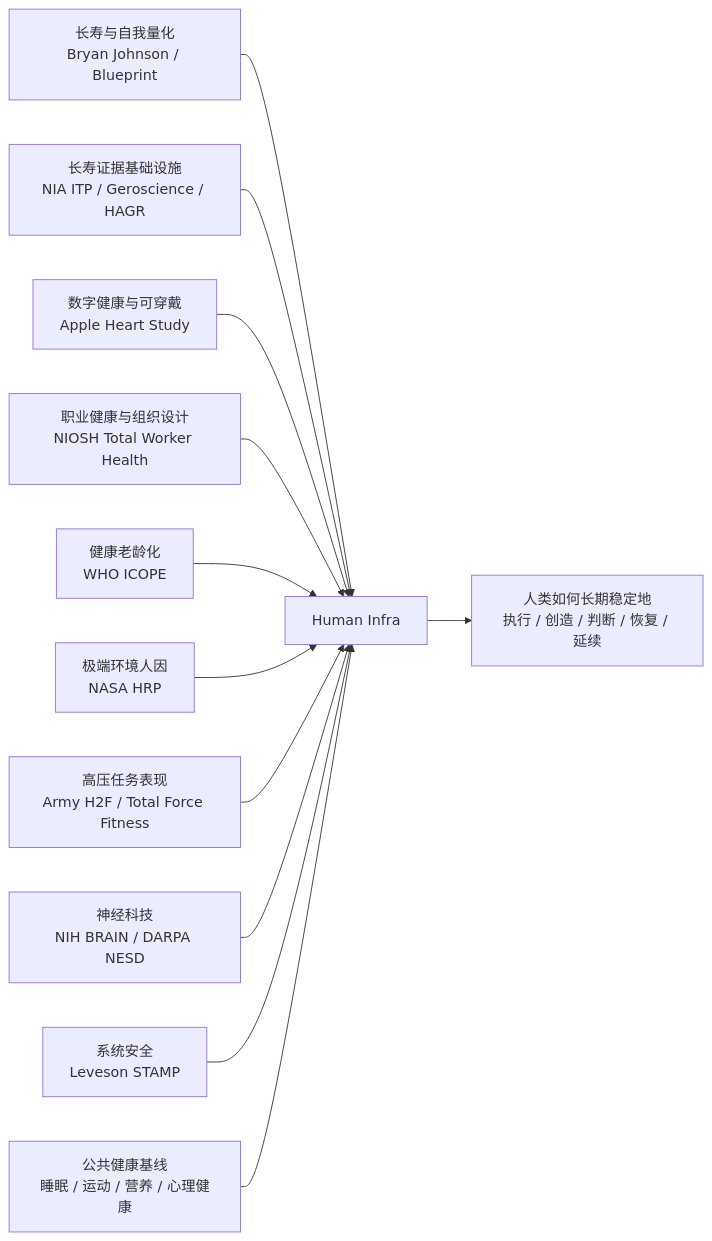
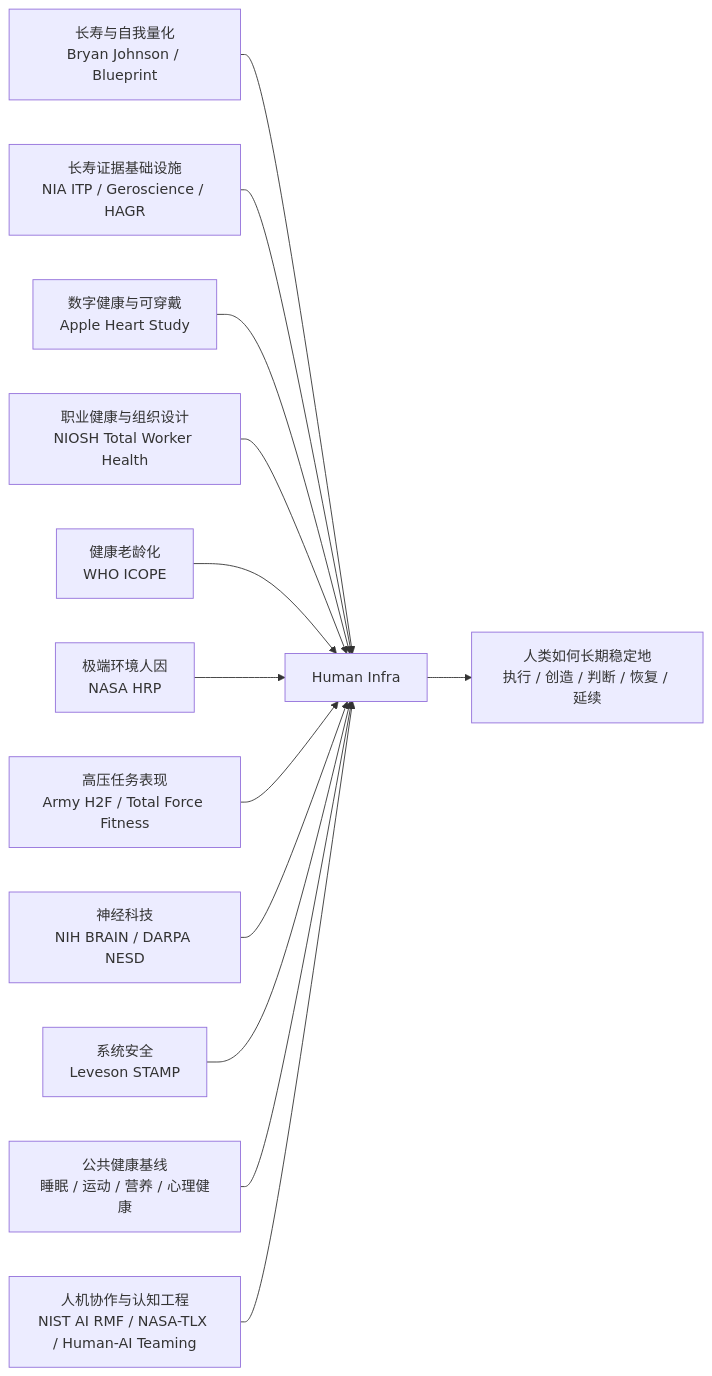
The first of 4 diagrams in README.md (123olp/ys), drawn with Mermaid before and after one commit. The commit also changed other lines of this file and 2 other files, not shown here.

Commit message:
docs: add human-ai cognition evidence

````diff
--- a/README.md
+++ b/README.md
@@ -22,15 +22,16 @@
 ```mermaid
 flowchart LR
     A[长寿与自我量化<br/>Bryan Johnson / Blueprint] --> H[Human Infra]
     L[长寿证据基础设施<br/>NIA ITP / Geroscience / HAGR] --> H
     B[数字健康与可穿戴<br/>Apple Heart Study] --> H
     C[职业健康与组织设计<br/>NIOSH Total Worker Health] --> H
     D[健康老龄化<br/>WHO ICOPE] --> H
     E[极端环境人因<br/>NASA HRP] --> H
     F[高压任务表现<br/>Army H2F / Total Force Fitness] --> H
     G[神经科技<br/>NIH BRAIN / DARPA NESD] --> H
     I[系统安全<br/>Leveson STAMP] --> H
     K[公共健康基线<br/>睡眠 / 运动 / 营养 / 心理健康] --> H
+    M[人机协作与认知工程<br/>NIST AI RMF / NASA-TLX / Human-AI Teaming] --> H
 
     H --> J[人类如何长期稳定地<br/>执行 / 创造 / 判断 / 恢复 / 延续]
 ```
````
